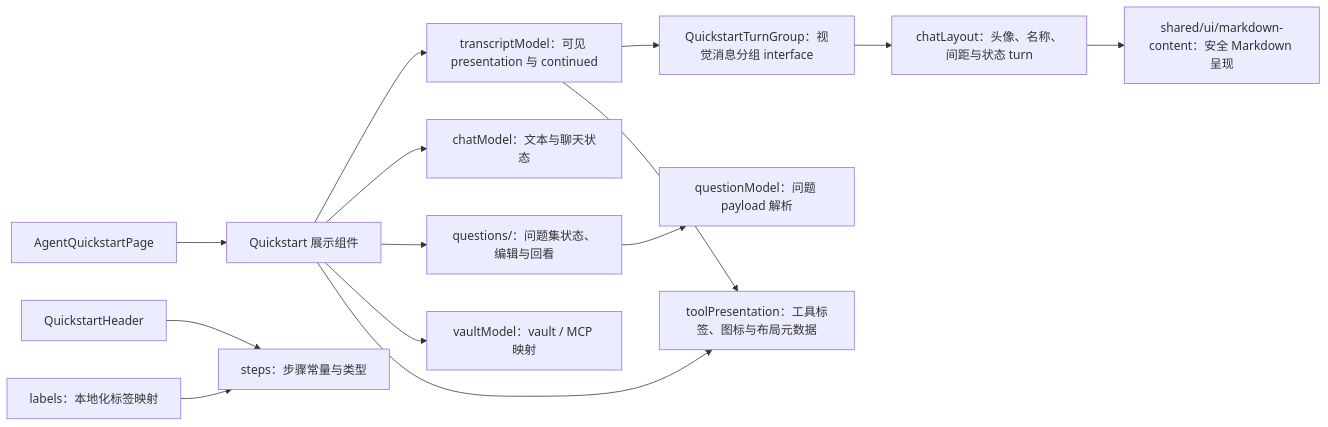
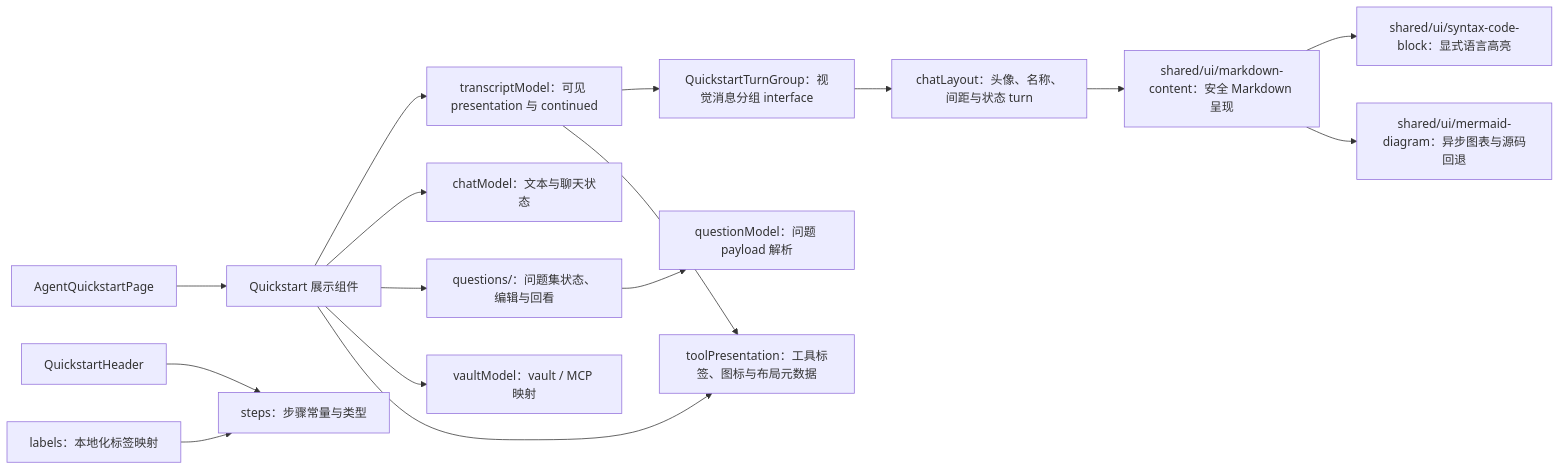
The fourth of 4 diagrams in docs/design/fe/managed-agent-quickstart-interactions.md (Postroggy/open-managed-agents), drawn with Mermaid before and after one commit. The commit also changed other lines of this file and 12 other files, not shown here.

Commit message:
feat(web): 完善 Quickstart Markdown 与 Mermaid 渲染

````diff
--- a/docs/design/fe/managed-agent-quickstart-interactions.md
+++ b/docs/design/fe/managed-agent-quickstart-interactions.md
@@ -112,16 +132,18 @@
 ```mermaid
 flowchart LR
   Page["AgentQuickstartPage"] --> Components["Quickstart 展示组件"]
   Components --> Transcript["transcriptModel：可见 presentation 与 continued"]
   Transcript --> TurnGroup["QuickstartTurnGroup：视觉消息分组 interface"]
   TurnGroup --> ChatLayout["chatLayout：头像、名称、间距与状态 turn"]
   ChatLayout --> Markdown["shared/ui/markdown-content：安全 Markdown 呈现"]
+  Markdown --> Highlight["shared/ui/syntax-code-block：显式语言高亮"]
+  Markdown --> Mermaid["shared/ui/mermaid-diagram：异步图表与源码回退"]
   Components --> Chat["chatModel：文本与聊天状态"]
   Components --> Questions["questions/：问题集状态、编辑与回看"]
   Questions --> QuestionModel["questionModel：问题 payload 解析"]
   Components --> Vaults["vaultModel：vault / MCP 映射"]
   Components --> Tools["toolPresentation：工具标签、图标与布局元数据"]
   Transcript --> Tools
   Header["QuickstartHeader"] --> Steps["steps：步骤常量与类型"]
   Labels["labels：本地化标签映射"] --> Steps
 ```
````
